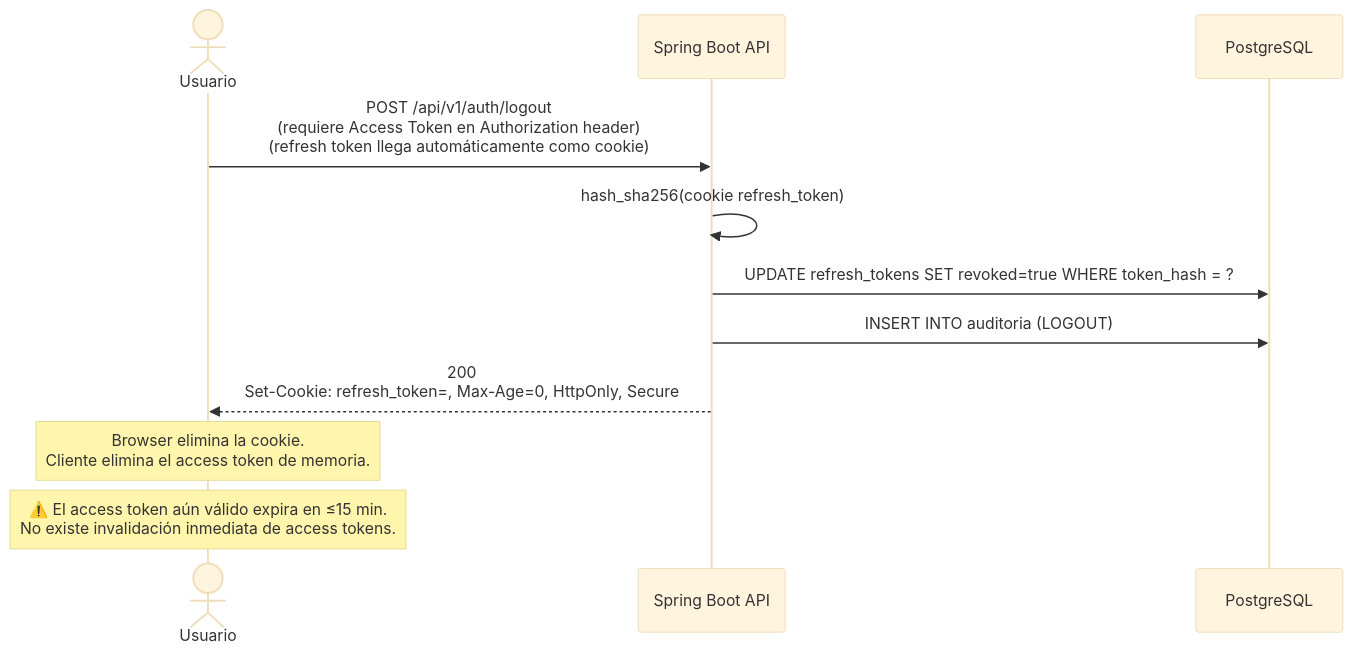
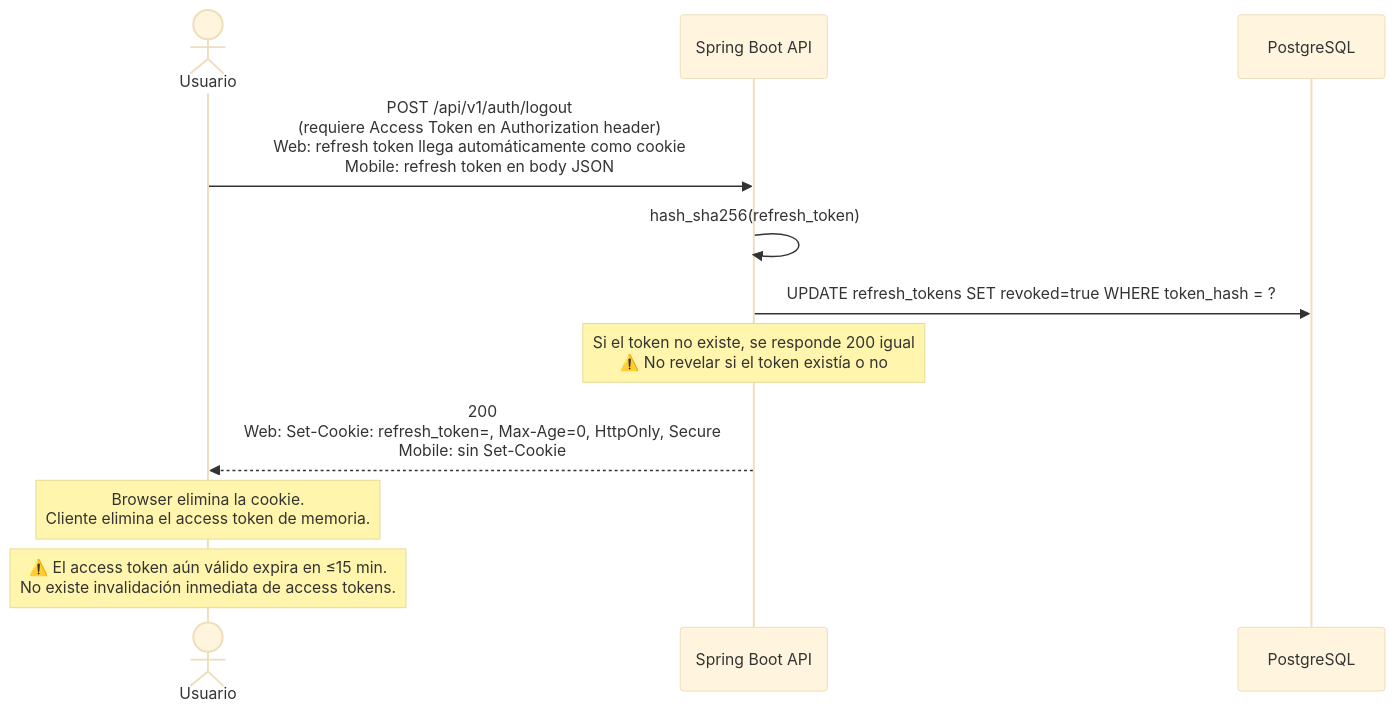
One commit to ovo86da/sadday-app changed the third of 10 diagrams in docs/security/diagramas/02_flujos_autenticacion.md. Above: the diagram before and after it, drawn with Mermaid (base theme). The commit also changed other lines of this file, not shown here.

First line of the commit message:
docs(security): actualizar diagramas de autenticación para reflejar implementación real

````diff
--- a/docs/security/diagramas/02_flujos_autenticacion.md
+++ b/docs/security/diagramas/02_flujos_autenticacion.md
@@ -121,16 +147,16 @@
 ```mermaid
 sequenceDiagram
     actor U as Usuario
     participant API as Spring Boot API
     participant DB as PostgreSQL
 
-    U->>API: POST /api/v1/auth/logout<br/>(requiere Access Token en Authorization header)<br/>(refresh token llega automáticamente como cookie)
+    U->>API: POST /api/v1/auth/logout<br/>(requiere Access Token en Authorization header)<br/>Web: refresh token llega automáticamente como cookie<br/>Mobile: refresh token en body JSON
 
-    API->>API: hash_sha256(cookie refresh_token)
+    API->>API: hash_sha256(refresh_token)
     API->>DB: UPDATE refresh_tokens SET revoked=true WHERE token_hash = ?
-    API->>DB: INSERT INTO auditoria (LOGOUT)
+    Note over API: Si el token no existe, se responde 200 igual<br/>⚠️ No revelar si el token existía o no
 
-    API-->>U: 200<br/>Set-Cookie: refresh_token=, Max-Age=0, HttpOnly, Secure
+    API-->>U: 200<br/>Web: Set-Cookie: refresh_token=, Max-Age=0, HttpOnly, Secure<br/>Mobile: sin Set-Cookie
     Note over U: Browser elimina la cookie.<br/>Cliente elimina el access token de memoria.
     Note over U: ⚠️ El access token aún válido expira en ≤15 min.<br/>No existe invalidación inmediata de access tokens.
 ```
````
